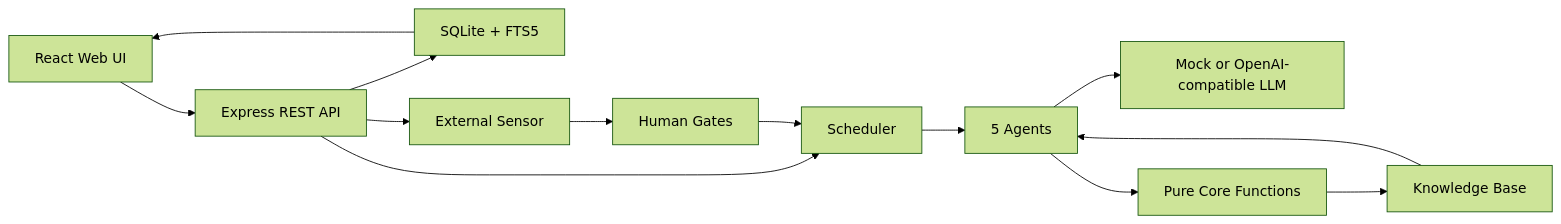
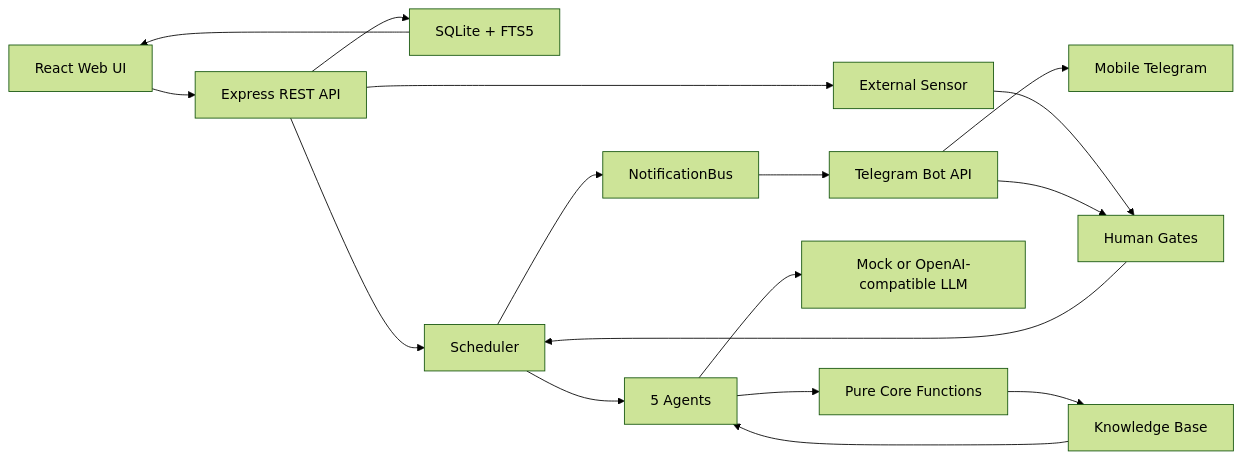
The diagram in README.md (amanayayatu-tech/Alaya), drawn with Mermaid (forest theme) before and after one commit. The commit also changed other lines of this file and 17 other files, not shown here.

````diff
--- a/README.md
+++ b/README.md
@@ -102,15 +104,19 @@
 ```mermaid
 flowchart LR
   UI["React Web UI"] --> API["Express REST API"]
   API --> DB["SQLite + FTS5"]
   API --> Scheduler["Scheduler"]
   API --> Sensor["External Sensor"]
+  Scheduler --> Notify["NotificationBus"]
+  Notify --> Telegram["Telegram Bot API"]
+  Telegram --> Phone["Mobile Telegram"]
   Scheduler --> Agents["5 Agents"]
   Sensor --> Gates["Human Gates"]
+  Telegram --> Gates
   Agents --> LLM["Mock or OpenAI-compatible LLM"]
   Agents --> Core["Pure Core Functions"]
   Core --> KB["Knowledge Base"]
   KB --> Agents
   Gates --> Scheduler
   DB --> UI
 ```
````
